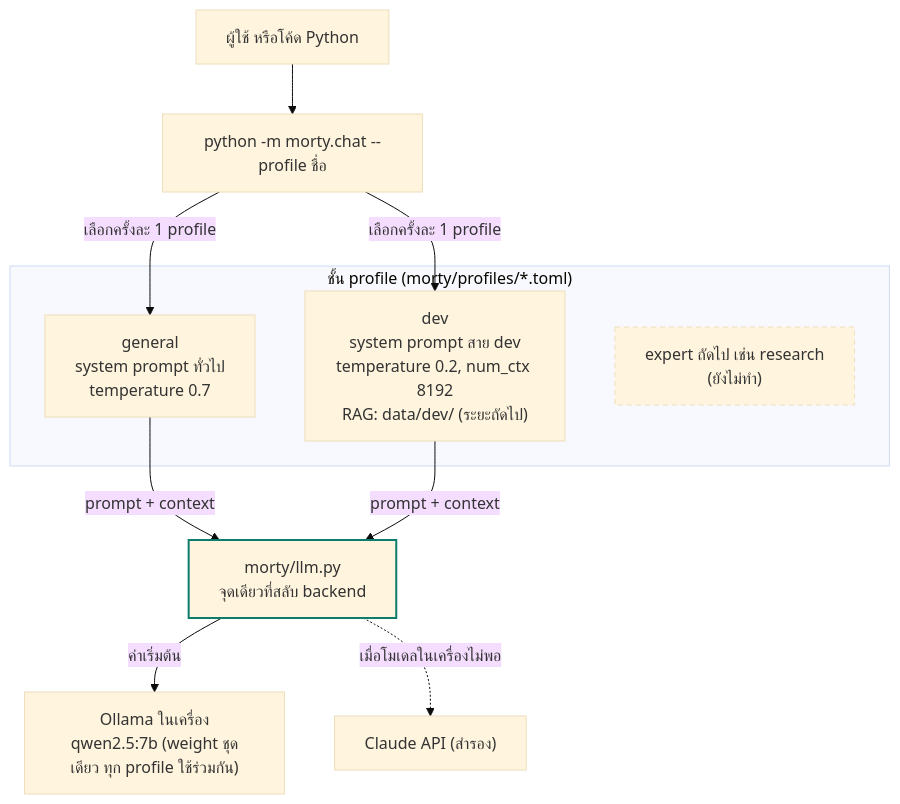
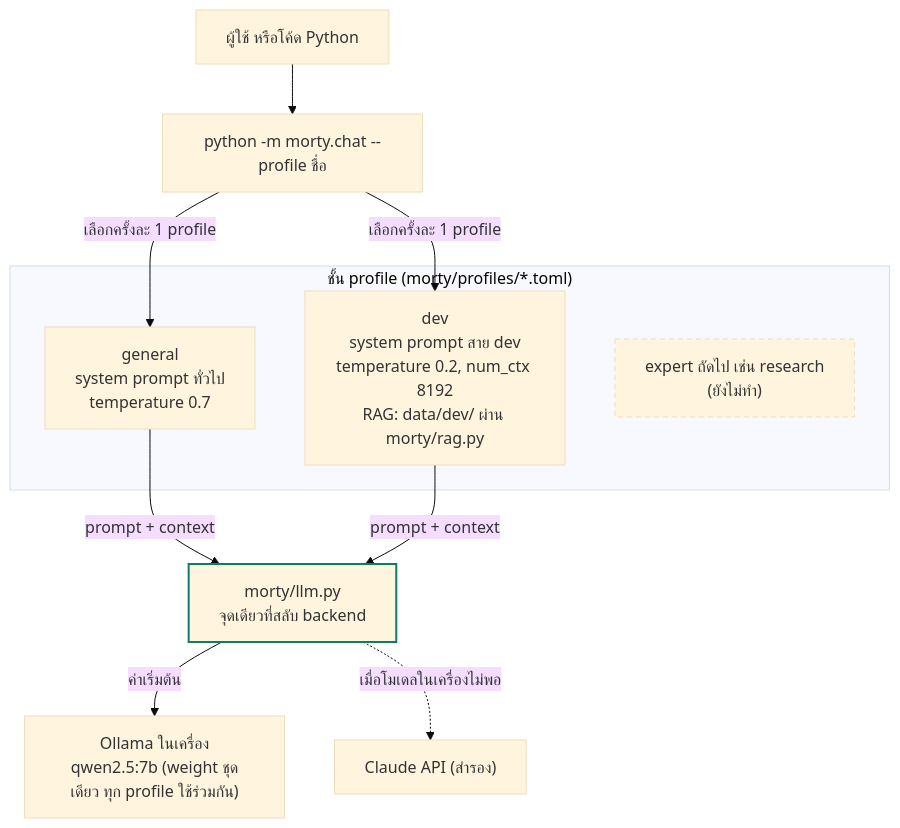
One commit to b1ll1eee/morty-model changed the diagram in README.md. Above: the diagram before and after it, drawn with Mermaid (base theme). The commit also changed other lines of this file and 9 other files, not shown here.

First line of the commit message:
Add RAG for the dev profile with before/after eval

````diff
--- a/README.md
+++ b/README.md
@@ -11,21 +11,21 @@
 ```mermaid
 flowchart TB
     U[ผู้ใช้ หรือโค้ด Python] --> CLI["python -m morty.chat --profile ชื่อ"]
     CLI -->|เลือกครั้งละ 1 profile| G
     CLI -->|เลือกครั้งละ 1 profile| D
 
     subgraph P["ชั้น profile  (morty/profiles/*.toml)"]
         G["general<br/>system prompt ทั่วไป<br/>temperature 0.7"]
-        D["dev<br/>system prompt สาย dev<br/>temperature 0.2, num_ctx 8192<br/>RAG: data/dev/ (ระยะถัดไป)"]
+        D["dev<br/>system prompt สาย dev<br/>temperature 0.2, num_ctx 8192<br/>RAG: data/dev/ ผ่าน morty/rag.py"]
         R["expert ถัดไป เช่น research<br/>(ยังไม่ทำ)"]
     end
 
     G -->|prompt + context| L
     D -->|prompt + context| L
     L["morty/llm.py<br/>จุดเดียวที่สลับ backend"]
     L -->|ค่าเริ่มต้น| O["Ollama ในเครื่อง<br/>qwen2.5:7b (weight ชุดเดียว ทุก profile ใช้ร่วมกัน)"]
     L -.->|เมื่อโมเดลในเครื่องไม่พอ| C["Claude API (สำรอง)"]
 
     style R stroke-dasharray: 5 4
     style L stroke:#0e7c6b,stroke-width:2px
 ```
````
